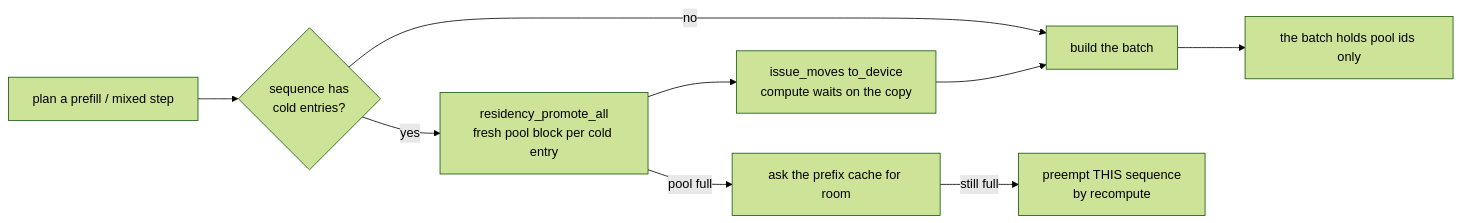
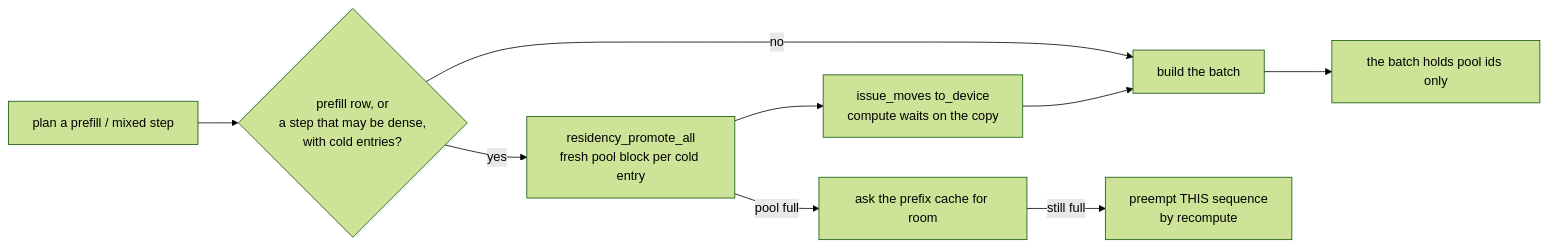
One commit to Code000-211/RadianceMemory changed the fourth of 6 diagrams in README.md. Above: the diagram before and after it, drawn with Mermaid (forest theme). The commit also changed other lines of this file and 5 other files, not shown here.

````diff
--- a/README.md
+++ b/README.md
@@ -231,11 +243,11 @@
 ```mermaid
 flowchart LR
-    A[plan a prefill / mixed step] --> B{sequence has<br/>cold entries?}
+    A[plan a prefill / mixed step] --> B{prefill row, or<br/>a step that may be dense,<br/>with cold entries?}
     B -- no --> E[build the batch]
     B -- yes --> C[residency_promote_all<br/>fresh pool block per cold entry]
     C -->|pool full| P[ask the prefix cache for room]
     P -->|still full| Q[preempt THIS sequence<br/>by recompute]
     C --> D[issue_moves to_device<br/>compute waits on the copy]
     D --> E
     E --> F[the batch holds pool ids only]
 ```
````
